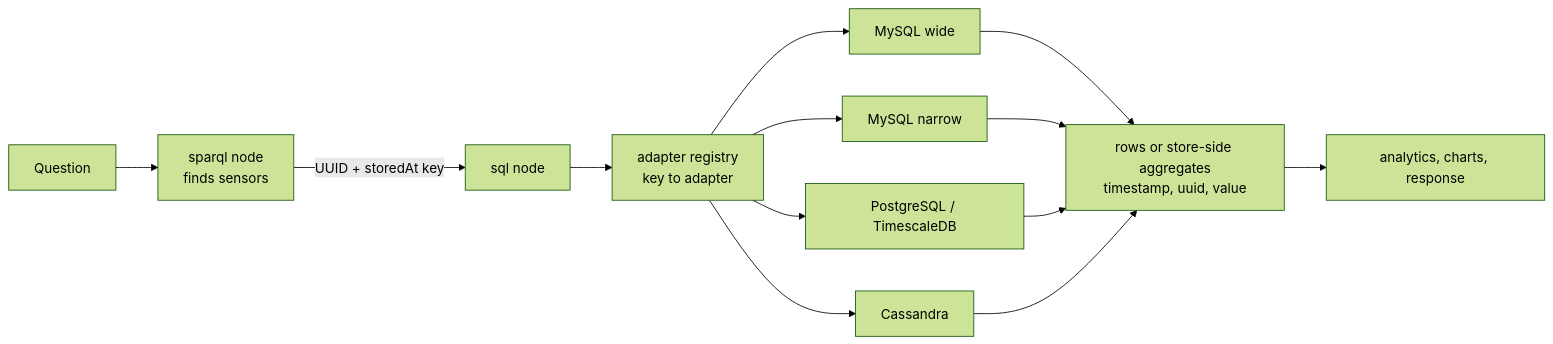
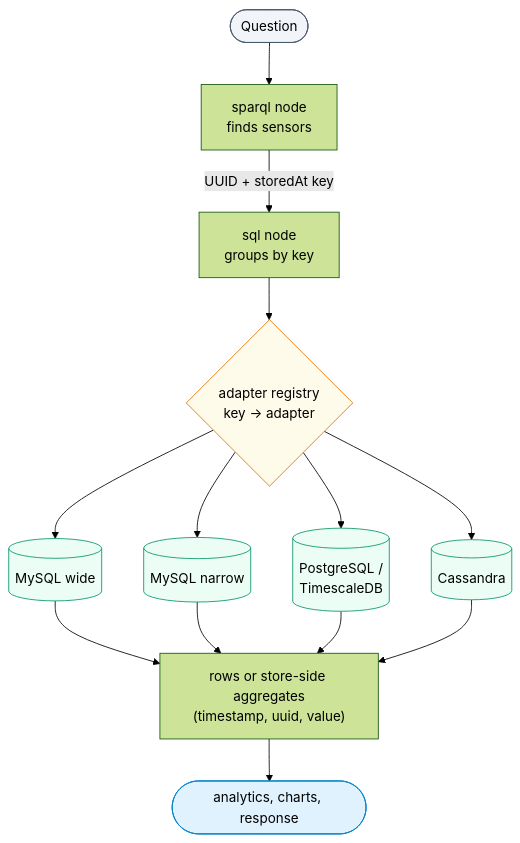
The first of 4 diagrams in _docs/data-sources.md (suhasdevmane/suhasdevmane.github.io), drawn with Mermaid (forest theme) before and after one commit. The commit also changed other lines of this file and 958 other files, not shown here.

````diff
--- a/_docs/data-sources.md
+++ b/_docs/data-sources.md
@@ -53,15 +52,18 @@
 ```mermaid
-flowchart LR
-    q["Question"] --> sp["sparql node<br/>finds sensors"]
-    sp -->|"UUID + storedAt key"| sq["sql node"]
-    sq --> reg["adapter registry<br/>key to adapter"]
-    reg --> a1["MySQL wide"]
-    reg --> a2["MySQL narrow"]
-    reg --> a3["PostgreSQL / TimescaleDB"]
-    reg --> a4["Cassandra"]
-    a1 --> rows["rows or store-side aggregates<br/>timestamp, uuid, value"]
-    a2 --> rows
-    a3 --> rows
-    a4 --> rows
-    rows --> ans["analytics, charts, response"]
+%% caption: From a question to rows. The sql node groups the series ids by storage key and the registry hands each group to its adapter; every adapter returns the same shape.
+flowchart TB
+    q(["Question"]):::user --> sp["sparql node<br/>finds sensors"]
+    sp -->|"UUID + storedAt key"| sq["sql node<br/>groups by key"]
+    sq --> reg{"adapter registry<br/>key → adapter"}:::check
+    reg --> a1[("MySQL wide")]:::store
+    reg --> a2[("MySQL narrow")]:::store
+    reg --> a3[("PostgreSQL /<br/>TimescaleDB")]:::store
+    reg --> a4[("Cassandra")]:::store
+    a1 & a2 & a3 & a4 --> rows["rows or store-side aggregates<br/>(timestamp, uuid, value)"]
+    rows --> ans(["analytics, charts, response"]):::answer
+
+    classDef user fill:#f1f5f9,stroke:#475569
+    classDef check fill:#fffbeb,stroke:#d97706
+    classDef store fill:#ecfdf5,stroke:#059669
+    classDef answer fill:#e0f2fe,stroke:#0284c7
 ```
````
